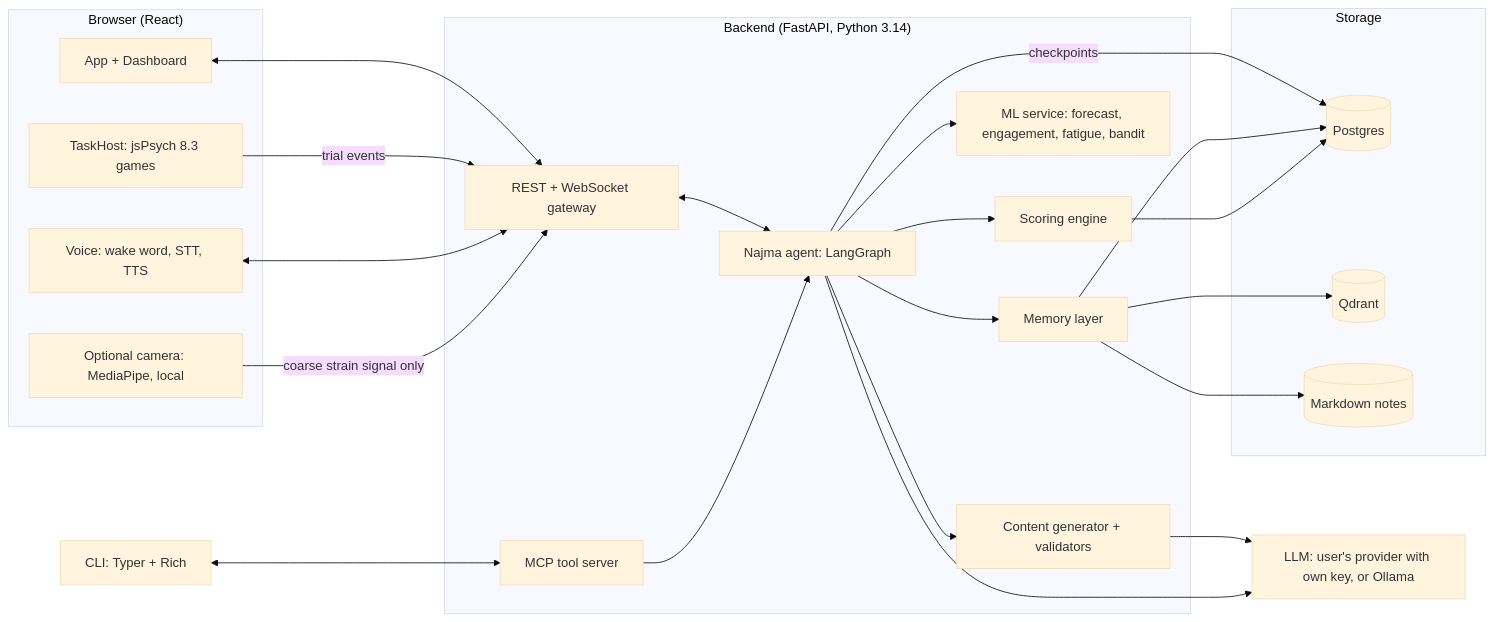
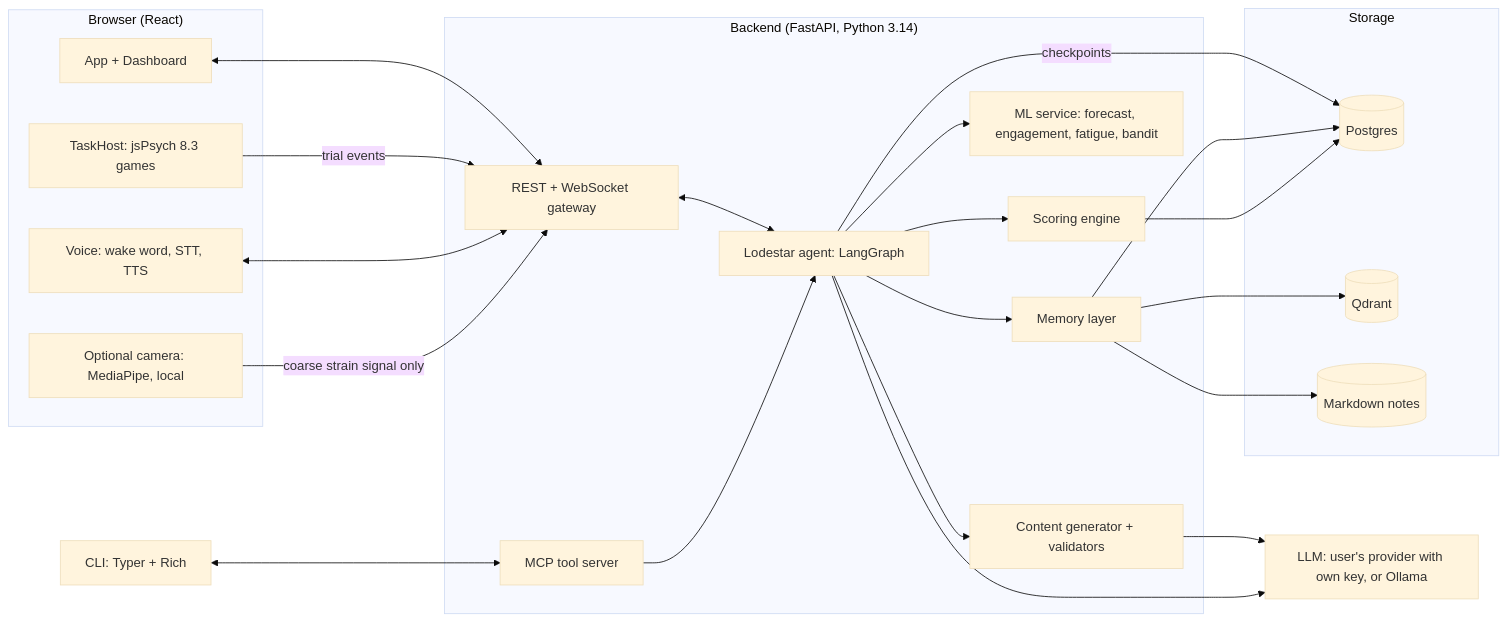
One commit to Mindctrll/lodestar-ai4brain changed the diagram in docs/plan/02-architecture.md. Above: the diagram before and after it, drawn with Mermaid (base theme). The commit also changed other lines of this file and 247 other files, not shown here.

First line of the commit message:
rename: Najma becomes Lodestar, English names throughout; simpler pick and result cards, full pages

````diff
--- a/docs/plan/02-architecture.md
+++ b/docs/plan/02-architecture.md
@@ -5,42 +5,42 @@
 ```mermaid
 flowchart LR
   subgraph Client["Browser (React)"]
     UI[App + Dashboard]
     TH[TaskHost: jsPsych 8.3 games]
     VO[Voice: wake word, STT, TTS]
     CAM[Optional camera: MediaPipe, local]
   end
   CLI[CLI: Typer + Rich]
 
   subgraph Server["Backend (FastAPI, Python 3.14)"]
     API[REST + WebSocket gateway]
-    AG[Najma agent: LangGraph]
+    AG[Lodestar agent: LangGraph]
     SC[Scoring engine]
     ML[ML service: forecast, engagement, fatigue, bandit]
     GEN[Content generator + validators]
     MCP[MCP tool server]
     MEM[Memory layer]
   end
 
   subgraph Storage
     PG[(Postgres)]
     QD[(Qdrant)]
     MD[(Markdown notes)]
   end
 
   LLM[LLM: user's provider with own key, or Ollama]
 
   UI <--> API
   TH -- trial events --> API
   VO <--> API
   CAM -- coarse strain signal only --> API
   CLI <--> MCP
   API <--> AG
   AG --> SC & ML & GEN & MEM
   MCP --> AG
   GEN --> LLM
   AG --> LLM
   AG -- checkpoints --> PG
   MEM --> PG & QD & MD
   SC --> PG
 ```
````
